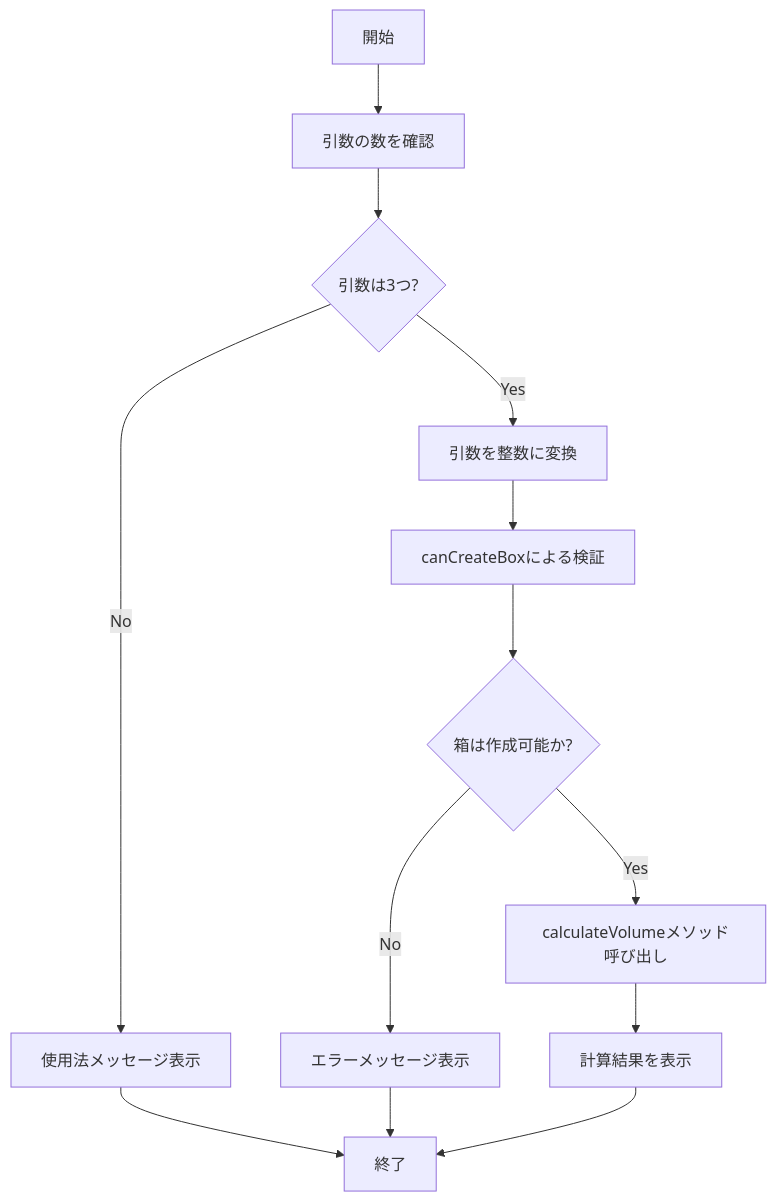
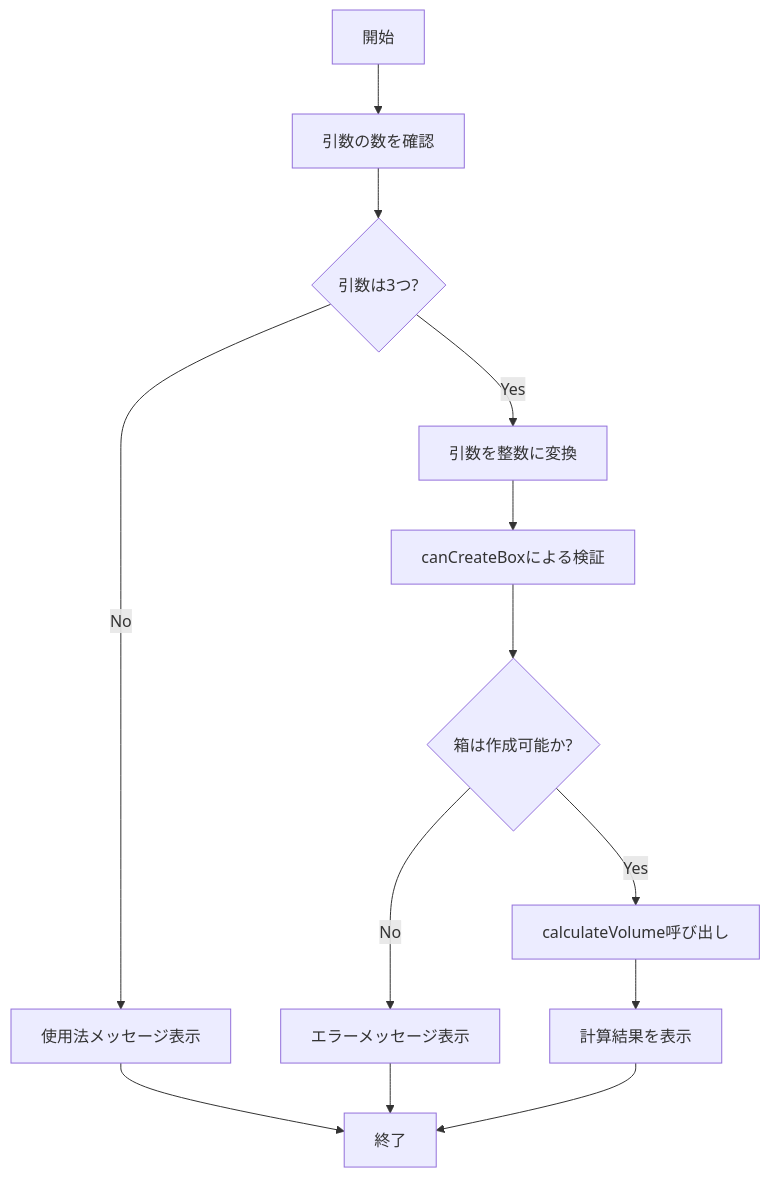
The second of 2 diagrams in chapter08/BoxVolumeCalculator-README.md (kanjiz/java-training-design-docs), drawn with Mermaid before and after one commit. The commit also changed other lines of this file, not shown here.

````diff
--- a/chapter08/BoxVolumeCalculator-README.md
+++ b/chapter08/BoxVolumeCalculator-README.md
@@ -64,15 +64,15 @@
 ```mermaid
 flowchart TD
     A[開始] --> B[引数の数を確認]
     B --> C{引数は3つ?}
     C -->|No| D[使用法メッセージ表示]
     D --> E[終了]
     C -->|Yes| F[引数を整数に変換]
     F --> G[canCreateBoxによる検証]
     G --> H{箱は作成可能か?}
     H -->|No| I[エラーメッセージ表示]
     I --> E
-    H -->|Yes| J[calculateVolumeメソッド呼び出し]
+    H -->|Yes| J[calculateVolume呼び出し]
     J --> K[計算結果を表示]
     K --> E
 ```
````
